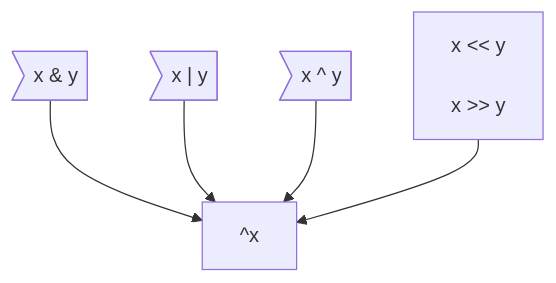
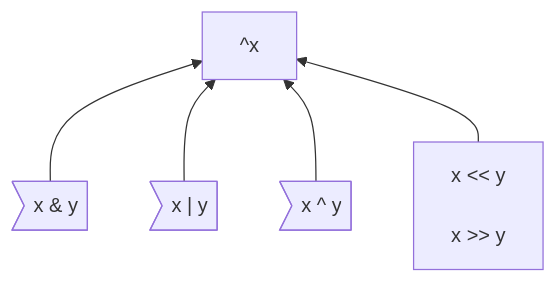
Before and after one commit to carbon-language/carbon-lang: the diagram in docs/design/expressions/bitwise.md, drawn with Mermaid. The commit also changed other lines of this file and 2 other files, not shown here.

````diff
--- a/docs/design/expressions/bitwise.md
+++ b/docs/design/expressions/bitwise.md
@@ -56,10 +54,10 @@
 ```mermaid
-graph TD
+graph BT
     complement["^x"]
     bitwise_and>"x & y"]
     bitwise_or>"x | y"]
     bitwise_xor>"x ^ y"]
     shift["x << y<br>
            x >> y"]
     bitwise_and & bitwise_or & bitwise_xor & shift --> complement
 ```
````
